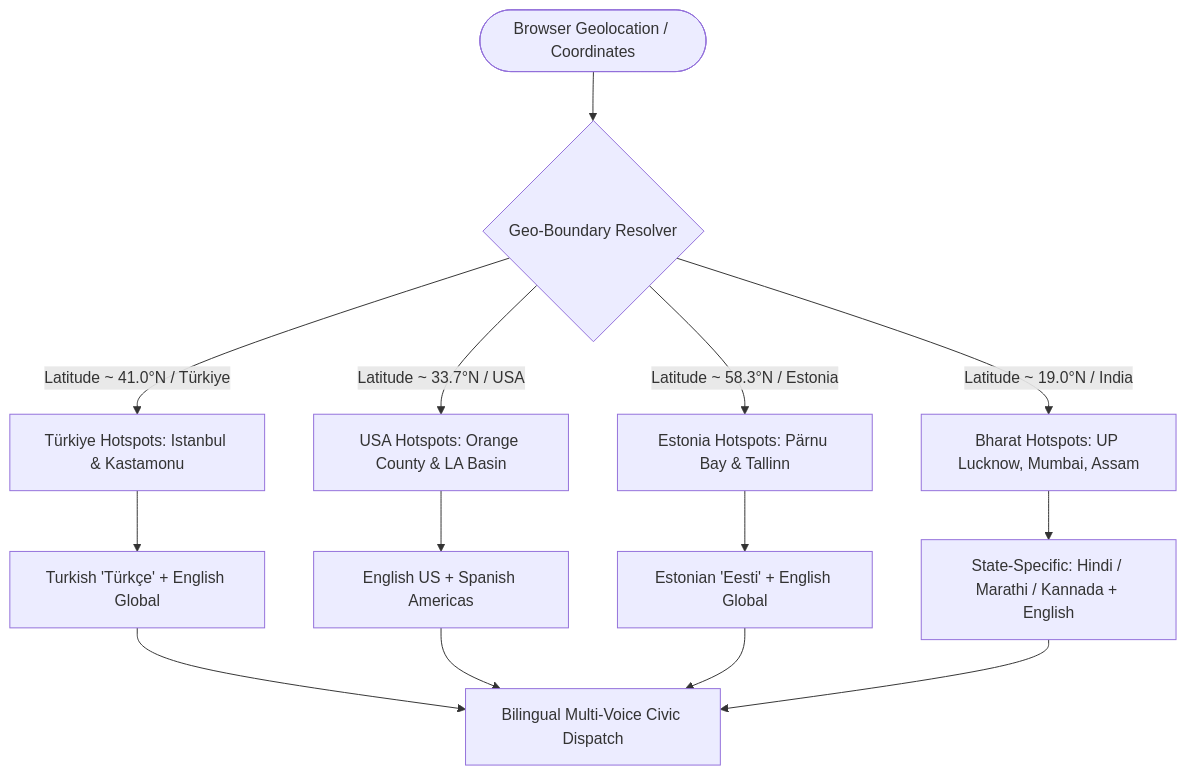
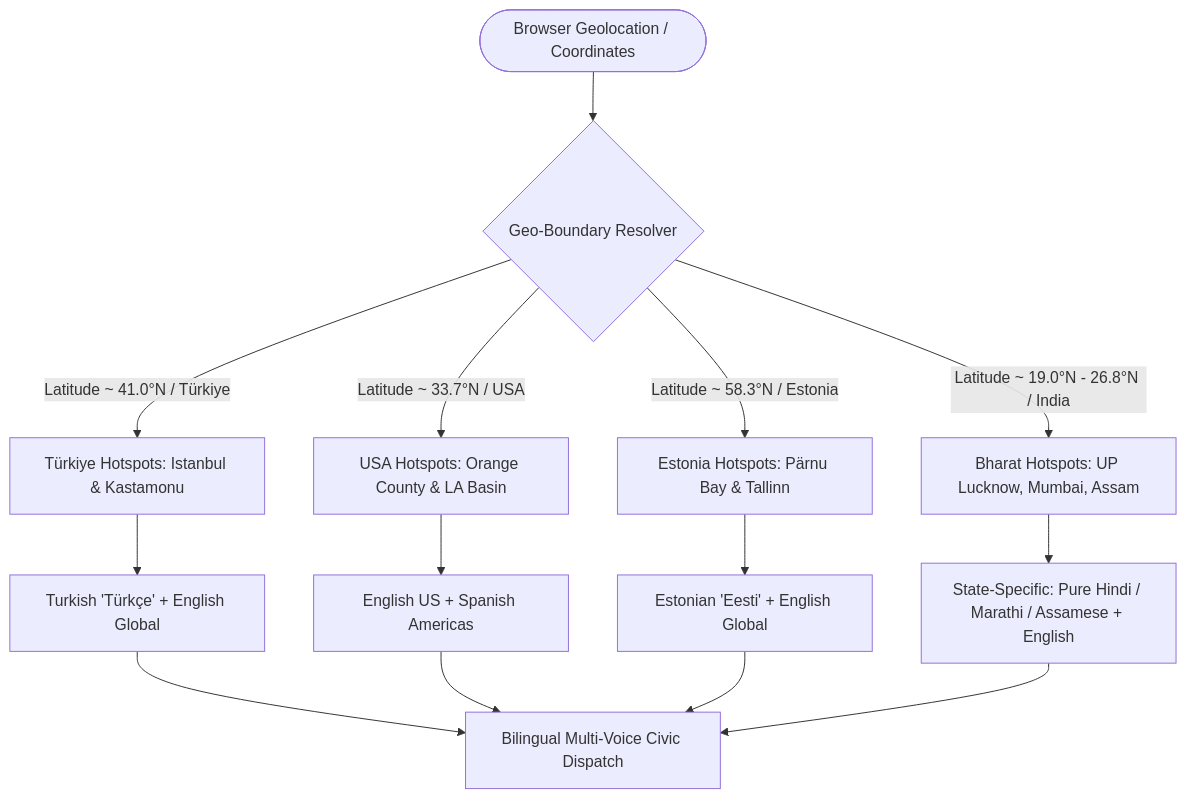
Before and after one commit to Niss54/AEGIS: the diagram in AEGIS_PRD_3_Global_Winning_Edge.md, drawn with Mermaid. The commit also changed other lines of this file, not shown here.

````diff
--- a/AEGIS_PRD_3_Global_Winning_Edge.md
+++ b/AEGIS_PRD_3_Global_Winning_Edge.md
@@ -59,19 +128,19 @@
 ```mermaid
 graph TD
     User([Browser Geolocation / Coordinates]) --> Detect{Geo-Boundary Resolver}
     
     Detect -->|Latitude ~ 41.0°N / Türkiye| TR[Türkiye Hotspots: Istanbul & Kastamonu]
     Detect -->|Latitude ~ 33.7°N / USA| US[USA Hotspots: Orange County & LA Basin]
     Detect -->|Latitude ~ 58.3°N / Estonia| EE[Estonia Hotspots: Pärnu Bay & Tallinn]
-    Detect -->|Latitude ~ 19.0°N / India| IN[Bharat Hotspots: UP Lucknow, Mumbai, Assam]
+    Detect -->|Latitude ~ 19.0°N - 26.8°N / India| IN[Bharat Hotspots: UP Lucknow, Mumbai, Assam]
     
     TR --> TR_Lang[Turkish 'Türkçe' + English Global]
     US --> US_Lang[English US + Spanish Americas]
     EE --> EE_Lang[Estonian 'Eesti' + English Global]
-    IN --> IN_Lang[State-Specific: Hindi / Marathi / Kannada + English]
+    IN --> IN_Lang[State-Specific: Pure Hindi / Marathi / Assamese + English]
     
     TR_Lang --> Dispatch[Bilingual Multi-Voice Civic Dispatch]
     US_Lang --> Dispatch
     EE_Lang --> Dispatch
     IN_Lang --> Dispatch
 ```
````
